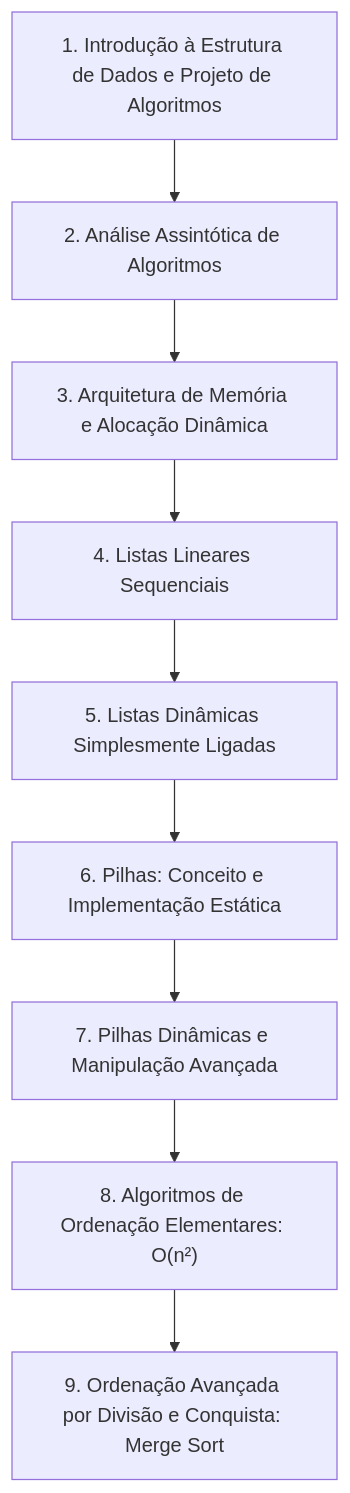
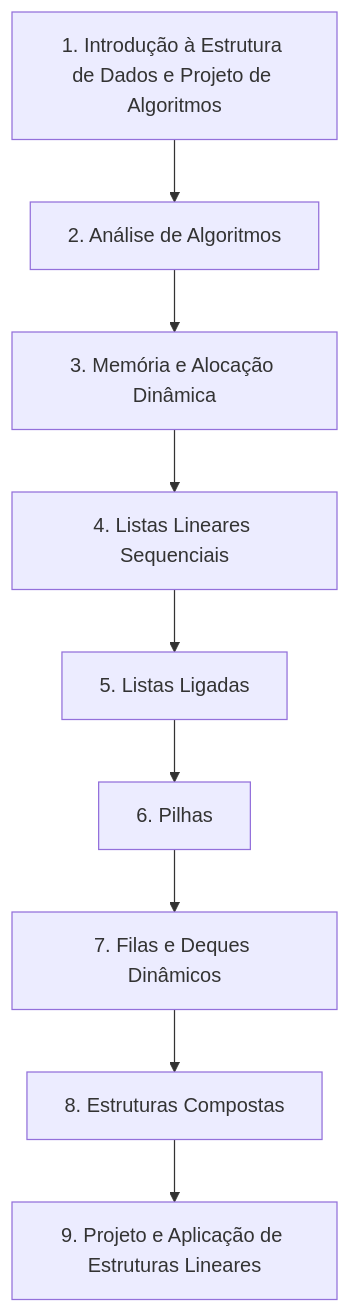
One commit to murilolol/unifef changed the first of 27 diagrams in 4º Semestre/[Prof. Wesley Soares] Estrutura de Dados I/Resumos-IA/Caderno-Consolidado.md. Above: the diagram before and after it, drawn with Mermaid. The commit also changed other lines of this file and 58 other files, not shown here.

````diff
--- a/4º Semestre/[Prof. Wesley Soares] Estrutura de Dados I/Resumos-IA/Caderno-Consolidado.md
+++ b/4º Semestre/[Prof. Wesley Soares] Estrutura de Dados I/Resumos-IA/Caderno-Consolidado.md
@@ -111,11 +105,11 @@
 ```mermaid
 flowchart TD
-    U1["1. Introdução à Estrutura de Dados e Projeto de Algoritmos"] --> U2["2. Análise Assintótica de Algoritmos"]
-    U2 --> U3["3. Arquitetura de Memória e Alocação Dinâmica"]
-    U3 --> U4["4. Listas Lineares Sequenciais"]
-    U4 --> U5["5. Listas Dinâmicas Simplesmente Ligadas"]
-    U5 --> U6["6. Pilhas: Conceito e Implementação Estática"]
-    U6 --> U7["7. Pilhas Dinâmicas e Manipulação Avançada"]
-    U7 --> U8["8. Algoritmos de Ordenação Elementares: O(n²)"]
-    U8 --> U9["9. Ordenação Avançada por Divisão e Conquista: Merge Sort"]
+  U1["1. Introdução à Estrutura de Dados e Projeto de Algoritmos"] --> U2["2. Análise de Algoritmos"]
+  U2 --> U3["3. Memória e Alocação Dinâmica"]
+  U3 --> U4["4. Listas Lineares Sequenciais"]
+  U4 --> U5["5. Listas Ligadas"]
+  U5 --> U6["6. Pilhas"]
+  U6 --> U7["7. Filas e Deques Dinâmicos"]
+  U7 --> U8["8. Estruturas Compostas"]
+  U8 --> U9["9. Projeto e Aplicação de Estruturas Lineares"]
 ```
````
